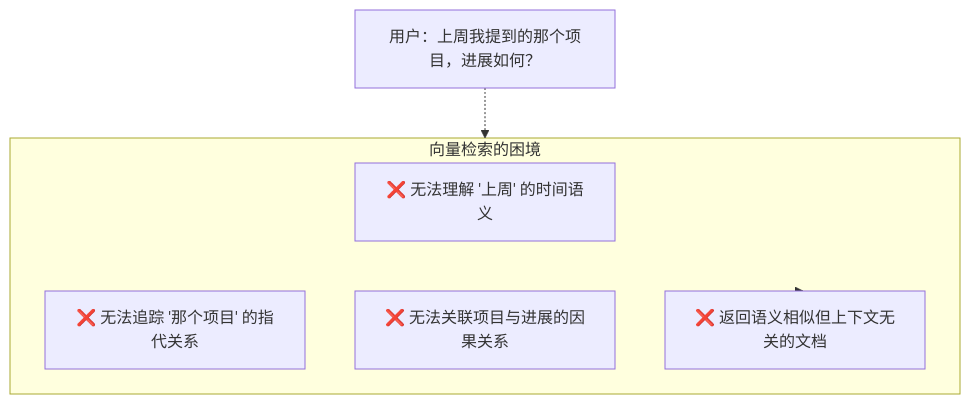
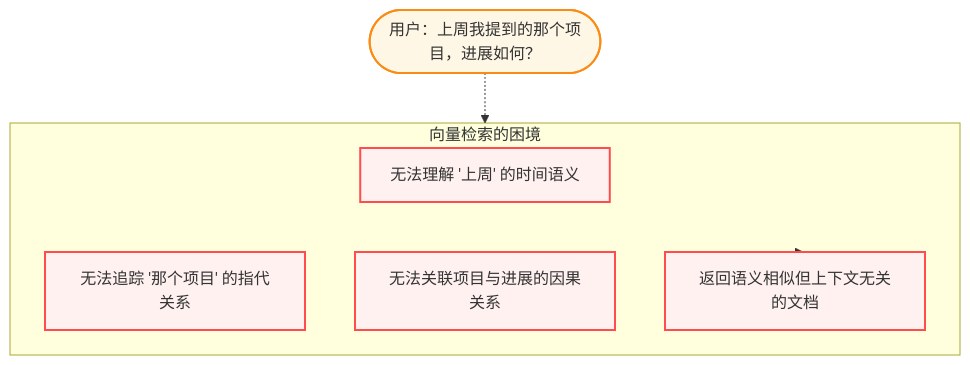
One commit to yeasy/agentic_ai_guide changed the first of 4 diagrams in 03_memory/3.5_graph_memory.md. Above: the diagram before and after it, drawn with Mermaid. The commit also changed other lines of this file and 36 other files, not shown here.

````diff
--- a/03_memory/3.5_graph_memory.md
+++ b/03_memory/3.5_graph_memory.md
@@ -9,17 +9,25 @@
 ```mermaid
 graph TD
-    UserQuery["用户：上周我提到的那个项目，进展如何？"]
+    %% Agentic Design System
+    classDef user fill:#fff7e6,stroke:#fa8c16,stroke-width:2px;
+    classDef error fill:#fff1f0,stroke:#ff4d4f,stroke-width:2px;
+    classDef system fill:#f0f0f0,stroke:#d9d9d9,stroke-width:2px,stroke-dasharray: 5 5;
+
+    UserQuery(["用户：上周我提到的那个项目，进展如何？"])
     
     subgraph VectorSearch["向量检索的困境"]
-        Problem1["❌ 无法理解 '上周' 的时间语义"]
-        Problem2["❌ 无法追踪 '那个项目' 的指代关系"]
-        Problem3["❌ 无法关联项目与进展的因果关系"]
-        Result["❌ 返回语义相似但上下文无关的文档"]
+        Problem1["无法理解 '上周' 的时间语义"]
+        Problem2["无法追踪 '那个项目' 的指代关系"]
+        Problem3["无法关联项目与进展的因果关系"]
+        Result["返回语义相似但上下文无关的文档"]
     end
     
     UserQuery -.-> VectorSearch
     VectorSearch --- Problem1
     VectorSearch --- Problem2
     VectorSearch --- Problem3
     VectorSearch --> Result
+    
+    class UserQuery user;
+    class Problem1,Problem2,Problem3,Result error;
 ```
````
